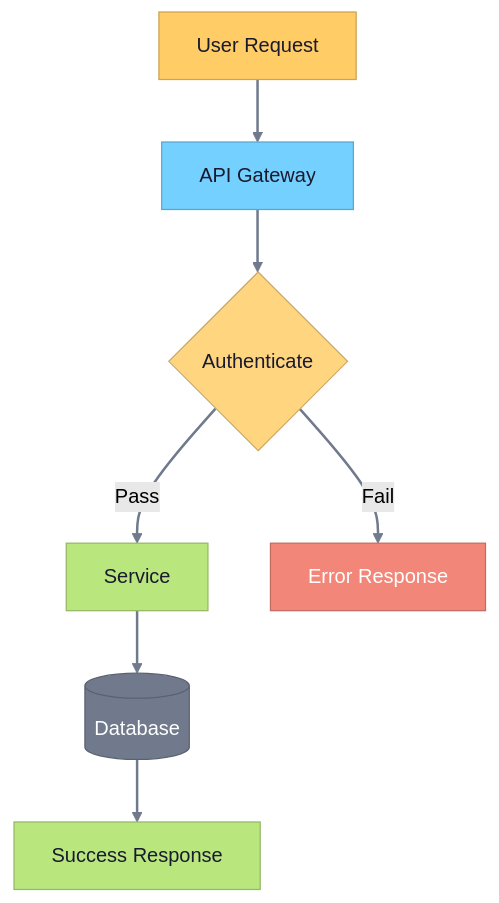
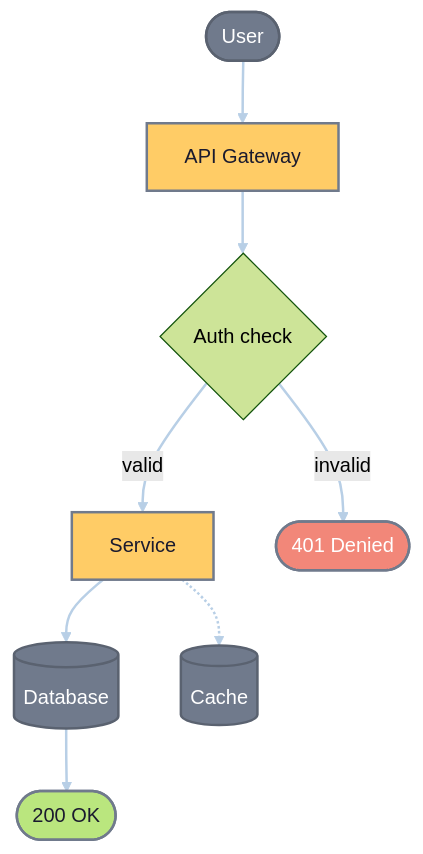
The ninth of 24 diagrams in creating-mermaid-diagrams/skills/creating-mermaid-diagrams/references/themes.md (mdsakalu/agent-plugins), drawn with Mermaid (forest theme) before and after one commit. The commit also changed other lines of this file and 4 other files, not shown here.

First line of the commit message:
refactor(creating-mermaid-diagrams): design-driven styling overhaul

````diff
--- a/creating-mermaid-diagrams/skills/creating-mermaid-diagrams/references/themes.md
+++ b/creating-mermaid-diagrams/skills/creating-mermaid-diagrams/references/themes.md
@@ -358,26 +403,18 @@
 ```mermaid
 flowchart TD
-    user["User Request"] --> api["API Gateway"]
-    api --> auth{"Authenticate"}
-    auth -->|Pass| service["Service"]
-    auth -->|Fail| error["Error Response"]
-    service --> db[("Database")]
-    db --> response["Success Response"]
+    user(["User"]) ==> api["API Gateway"] ==> auth{"Auth check"}
+    auth == valid ==> svc["Service"] ==> db[("Database")] ==> res(["200 OK"])
+    auth -- invalid --> err(["401 Denied"])
+    svc -.-> cache[("Cache")]
 
-    classDef primary fill:#FFCC66,stroke:#cca352,color:#1a1a2e
-    classDef secondary fill:#707A8C,stroke:#5a6270,color:#ffffff
-    classDef success fill:#BAE67E,stroke:#95b865,color:#1a1a2e
-    classDef warning fill:#FFD580,stroke:#ccaa66,color:#1a1a2e
-    classDef danger fill:#F28779,stroke:#c26c61,color:#ffffff
-    classDef info fill:#73D0FF,stroke:#5ca6cc,color:#1a1a2e
+    classDef primary fill:#FFCC66,stroke:#707A8C,stroke-width:2px,color:#1a1a2e
+    classDef muted fill:#707A8C,stroke:#5a6270,stroke-width:2px,color:#ffffff
+    classDef success fill:#BAE67E,stroke:#707A8C,stroke-width:2px,color:#1a1a2e
+    classDef danger fill:#F28779,stroke:#707A8C,stroke-width:2px,color:#ffffff
+    linkStyle default stroke:#B8CFE6,stroke-width:2px
 
-    linkStyle default stroke:#707A8C,stroke-width:2px
-
-    class user primary
-    class api info
-    class auth warning
-    class service success
-    class error danger
-    class db secondary
-    class response success
+    class api,svc primary
+    class user,db,cache muted
+    class res success
+    class err danger
 ```
````
